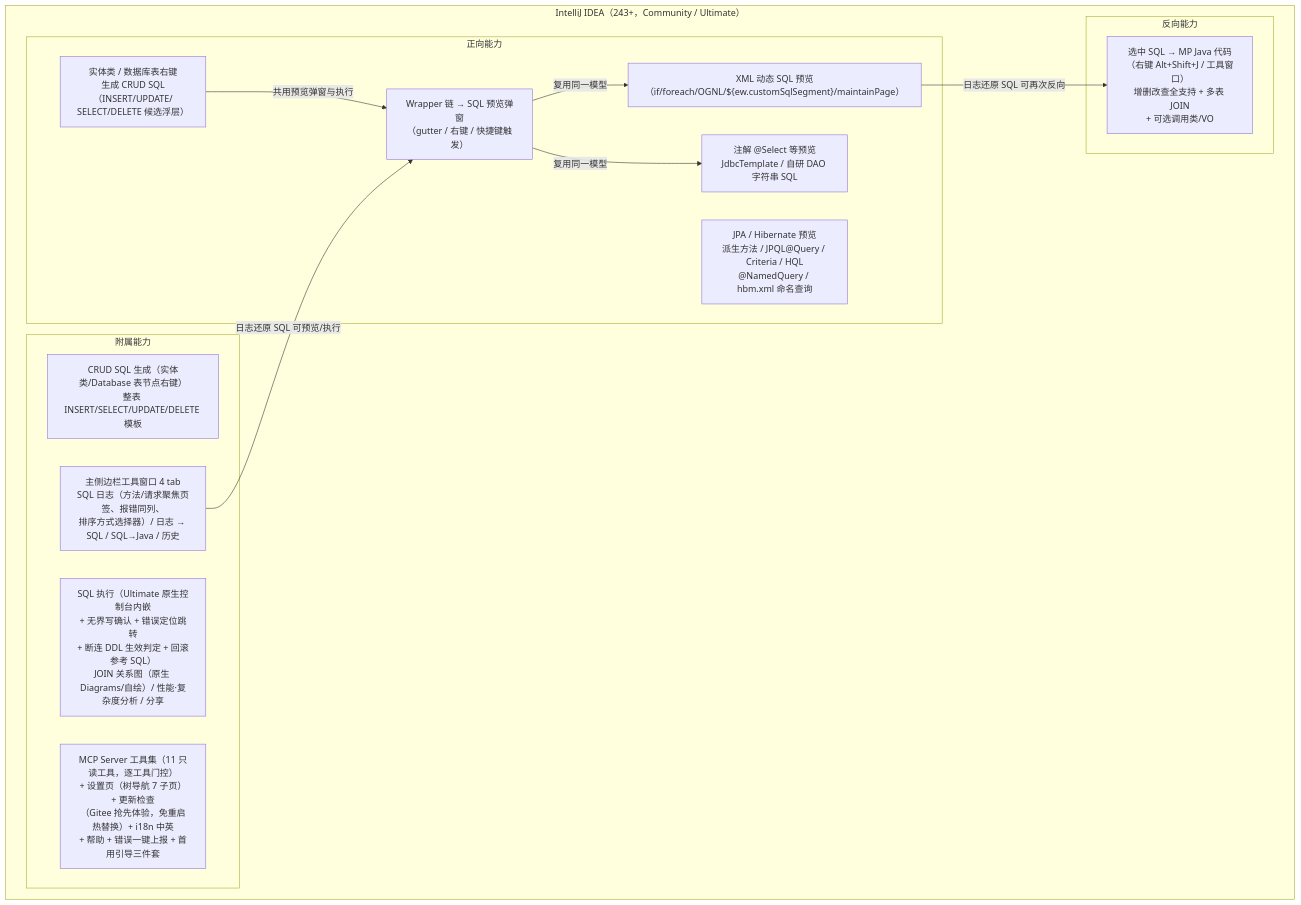
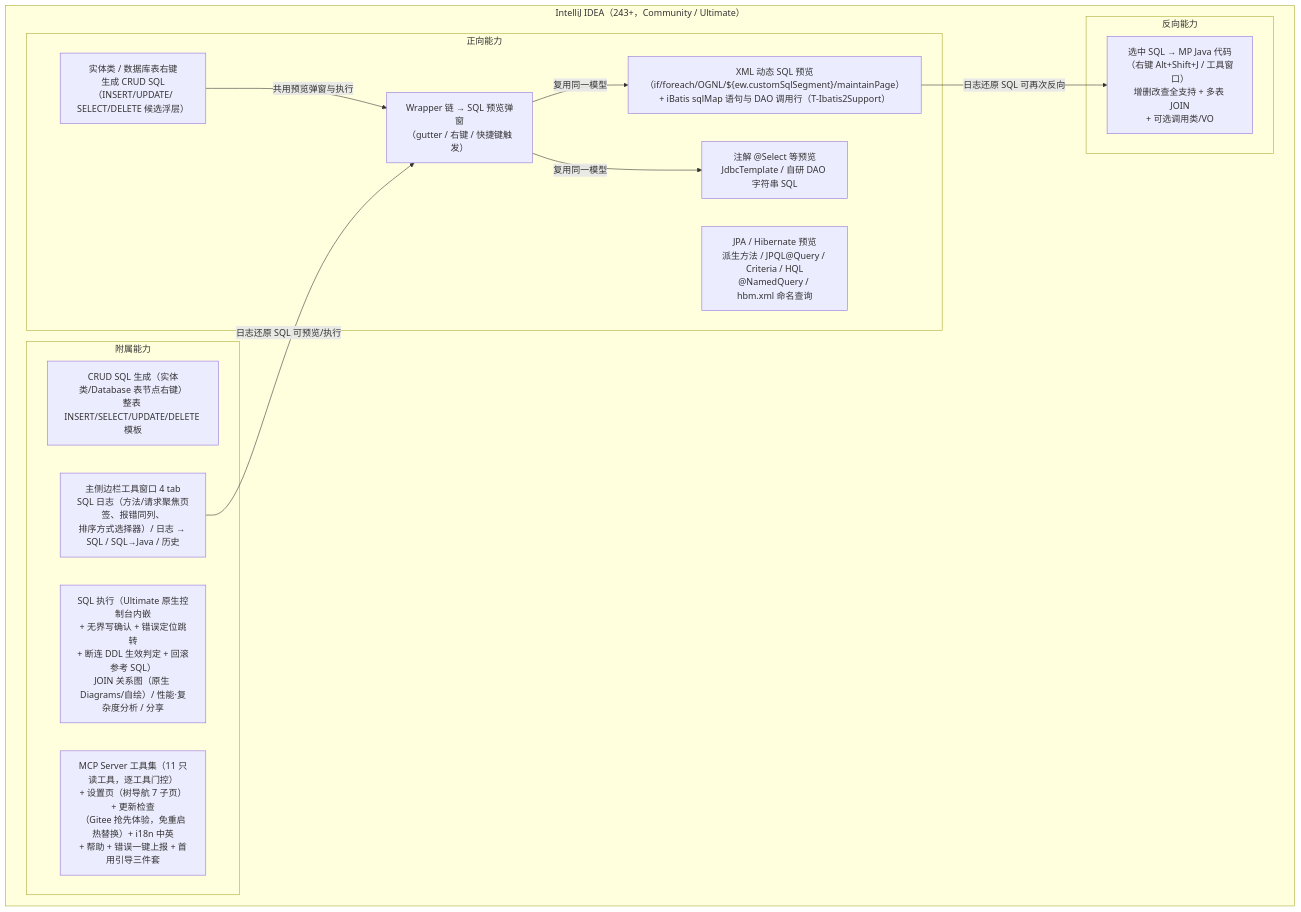
The first of 5 diagrams in docs/架构设计/01-项目架构总览.md (SongRenShuo/mybatis-plus-sql-visualizer), drawn with Mermaid before and after one commit. The commit also changed other lines of this file and 4 other files, not shown here.

````diff
--- a/docs/架构设计/01-项目架构总览.md
+++ b/docs/架构设计/01-项目架构总览.md
@@ -19,26 +19,26 @@
 ```mermaid
 flowchart TD
     subgraph IDE["IntelliJ IDEA（243+，Community / Ultimate）"]
         subgraph 正向能力
             F1["Wrapper 链 → SQL 预览弹窗<br/>（gutter / 右键 / 快捷键触发）"]
-            F2["XML 动态 SQL 预览<br/>（if/foreach/OGNL/${ew.customSqlSegment}/maintainPage）"]
+            F2["XML 动态 SQL 预览<br/>（if/foreach/OGNL/${ew.customSqlSegment}/maintainPage）<br/>+ iBatis sqlMap 语句与 DAO 调用行（T-Ibatis2Support）"]
             F3["注解 @Select 等预览<br/>JdbcTemplate / 自研 DAO 字符串 SQL"]
             F4["JPA / Hibernate 预览<br/>派生方法 / JPQL@Query / Criteria / HQL<br/>@NamedQuery / hbm.xml 命名查询"]
             F5["实体类 / 数据库表右键<br/>生成 CRUD SQL（INSERT/UPDATE/<br/>SELECT/DELETE 候选浮层）"]
         end
         subgraph 反向能力
             R1["选中 SQL → MP Java 代码<br/>（右键 Alt+Shift+J / 工具窗口）<br/>增删改查全支持 + 多表 JOIN<br/>+ 可选调用类/VO"]
         end
         subgraph 附属能力
             S0["CRUD SQL 生成（实体类/Database 表节点右键）<br/>整表 INSERT/SELECT/UPDATE/DELETE 模板"]
             S1["主侧边栏工具窗口 4 tab<br/>SQL 日志（方法/请求聚焦页签、报错同列、<br/>排序方式选择器）/ 日志 → SQL / SQL→Java / 历史"]
             S2["SQL 执行（Ultimate 原生控制台内嵌<br/>+ 无界写确认 + 错误定位跳转<br/>+ 断连 DDL 生效判定 + 回滚参考 SQL）<br/>JOIN 关系图（原生 Diagrams/自绘）/ 性能·复杂度分析 / 分享"]
             S3["MCP Server 工具集（11 只读工具，逐工具门控）<br/>+ 设置页（树导航 7 子页）+ 更新检查<br/>（Gitee 抢先体验，免重启热替换）+ i18n 中英<br/>+ 帮助 + 错误一键上报 + 首用引导三件套"]
         end
     end
     F1 -->|"复用同一模型"| F2
     F1 -->|"复用同一模型"| F3
     F5 -->|"共用预览弹窗与执行"| F1
     F2 -->|"日志还原 SQL 可再次反向"| R1
     S1 -->|"日志还原 SQL 可预览/执行"| F1
 ```
````
